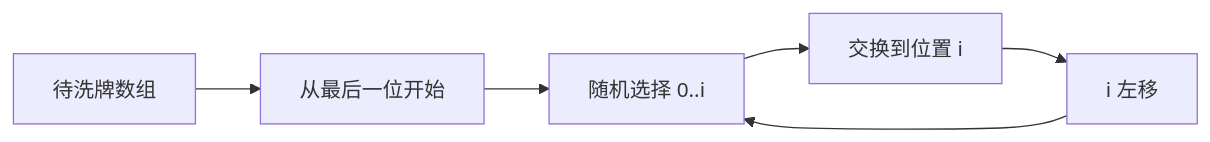
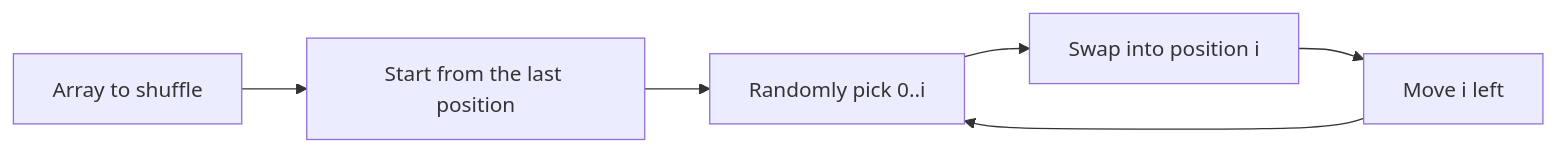
One commit to HONGLEI111/hhlblog-global changed the first of 2 diagrams in src/content/technology/randomized-algorithms.md. Above: the diagram before and after it, drawn with Mermaid. The commit also changed other lines of this file and 33 other files, not shown here.

First line of the commit message:
content(code): 翻译 mermaid 图节点标签（34 文件 / 267 处）

````diff
--- a/src/content/technology/randomized-algorithms.md
+++ b/src/content/technology/randomized-algorithms.md
@@ -38,8 +38,8 @@
 ```mermaid
 graph LR
-    A[待洗牌数组] --> B[从最后一位开始]
-    B --> C[随机选择 0..i]
-    C --> D[交换到位置 i]
-    D --> E[i 左移]
+    A[Array to shuffle] --> B[Start from the last position]
+    B --> C[Randomly pick 0..i]
+    C --> D[Swap into position i]
+    D --> E[Move i left]
     E --> C
 ```
````
